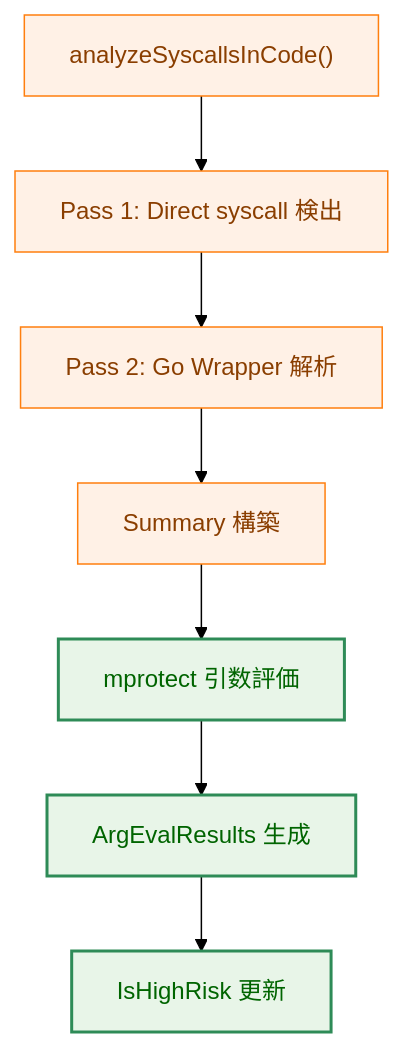
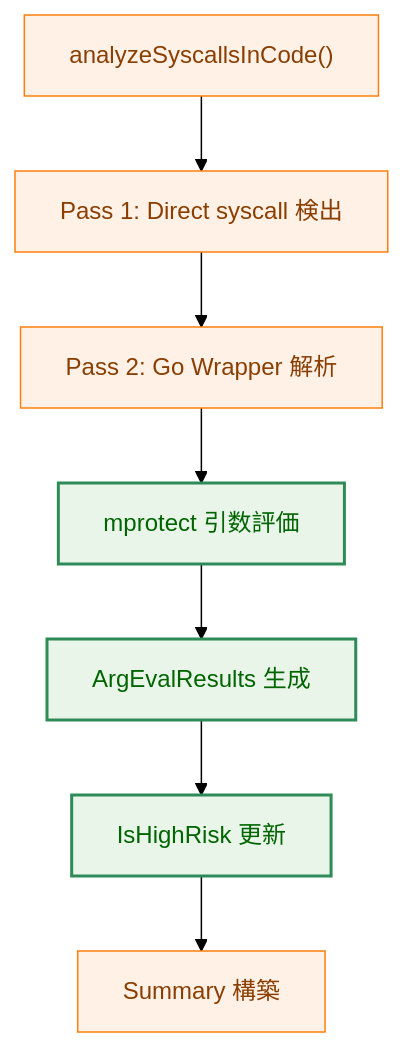
One commit to isseis/go-safe-cmd-runner changed the seventh of 14 diagrams in docs/tasks/0078_mprotect_exec_detection/02_architecture.md. Above: the diagram before and after it, drawn with Mermaid (forest theme). The commit also changed 2 other files, not shown here.

Commit message:
docs: fix doc inconsistencies in mprotect exec detection task
- Unify EvalMprotectRisk placement to elfanalyzer package across all
  documents (01_requirements.md had incorrectly specified security
  package, which would cause an import cycle)
- Fix §3.3.1 flow diagram in 02_architecture.md to show mprotect
  argument evaluation before Summary construction (matching §4.1 and
  the implementation plan)
- Add Legend block to dependency diagram in 04_implementation_plan.md

````diff
--- a/docs/tasks/0078_mprotect_exec_detection/02_architecture.md
+++ b/docs/tasks/0078_mprotect_exec_detection/02_architecture.md
@@ -279,15 +279,15 @@
 ```mermaid
 flowchart TD
     classDef existing fill:#fff1e6,stroke:#ff7f0e,stroke-width:1px,color:#8a3e00
     classDef new fill:#e8f5e8,stroke:#2e8b57,stroke-width:2px,color:#006400
 
     A["analyzeSyscallsInCode()"] --> B["Pass 1: Direct syscall 検出"]
     B --> C["Pass 2: Go Wrapper 解析"]
-    C --> D["Summary 構築"]
-    D --> E["mprotect 引数評価"]
-    E --> F["ArgEvalResults 生成"]
-    F --> G["IsHighRisk 更新"]
+    C --> D["mprotect 引数評価"]
+    D --> E["ArgEvalResults 生成"]
+    E --> F["IsHighRisk 更新"]
+    F --> G["Summary 構築"]
 
-    class A,B,C,D existing
-    class E,F,G new
+    class A,B,C,G existing
+    class D,E,F new
 ```
````
